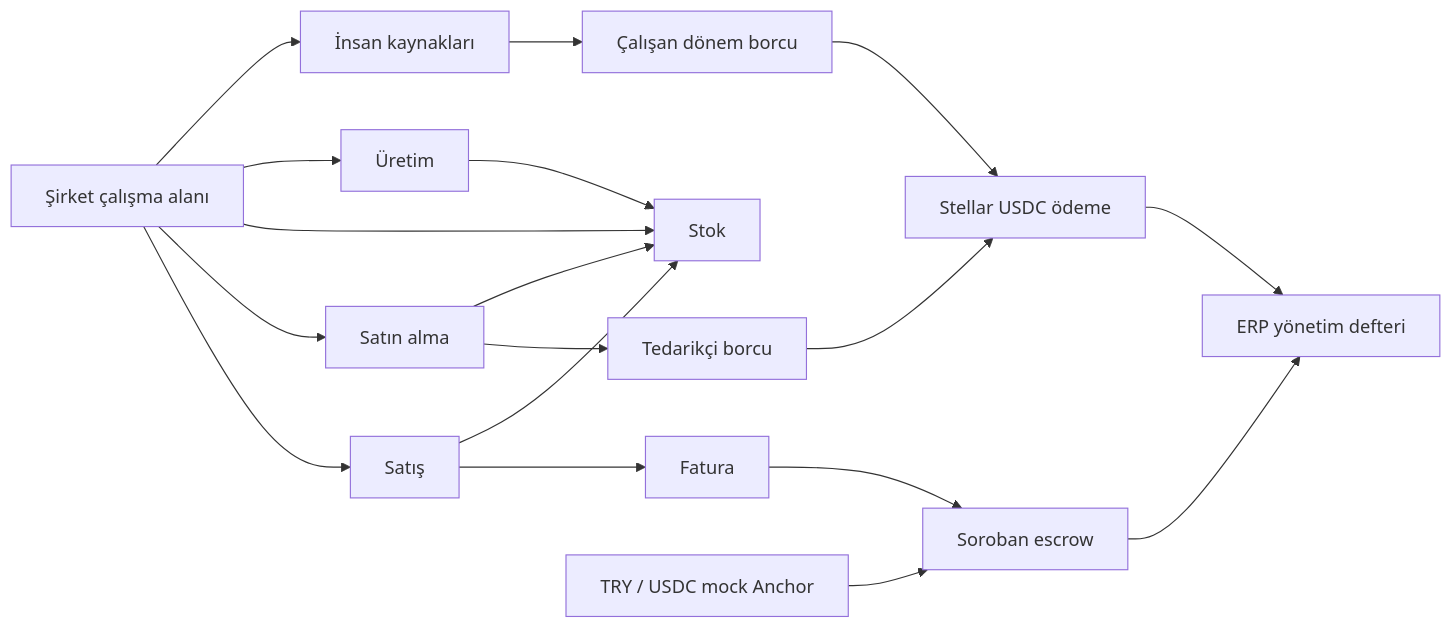
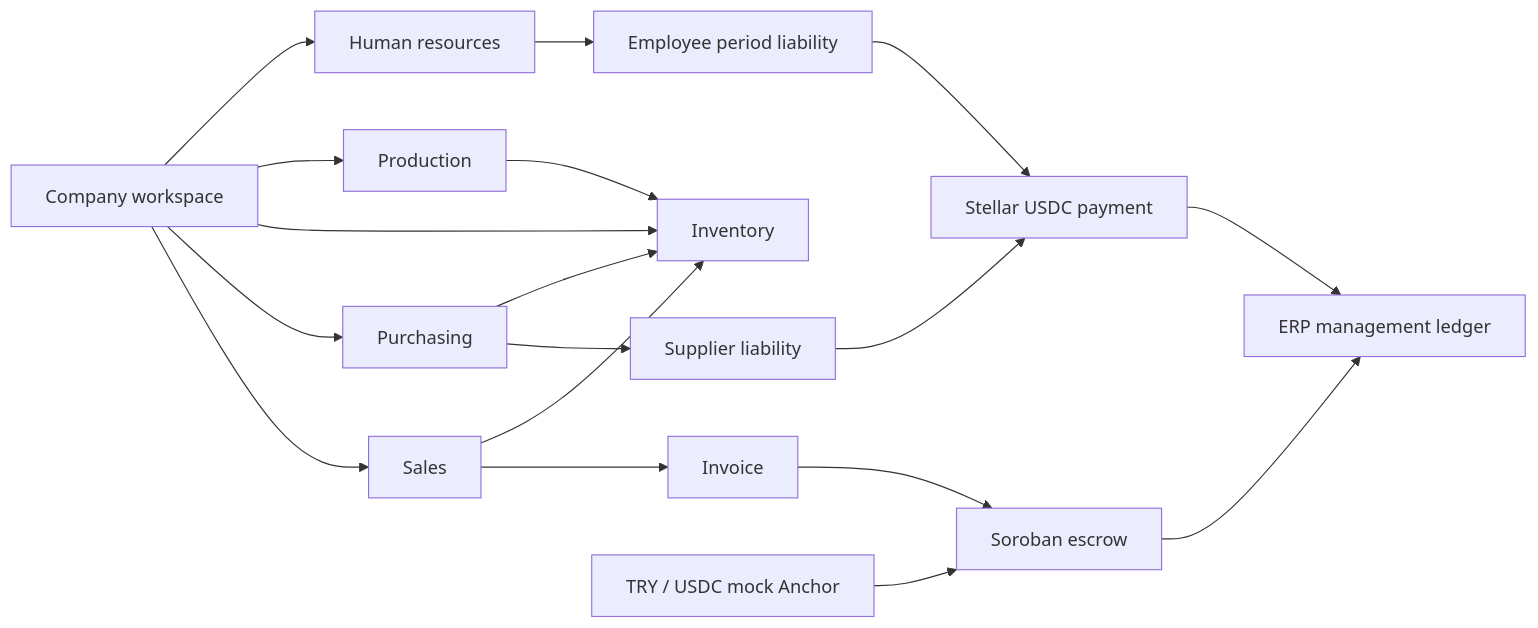
One commit to ugurrcoskun/Centerp changed the diagram in docs/project/product-scope.md. Above: the diagram before and after it, drawn with Mermaid. The commit also changed other lines of this file and 6 other files, not shown here.

````diff
--- a/docs/project/product-scope.md
+++ b/docs/project/product-scope.md
@@ -79,20 +79,20 @@
 ```mermaid
 flowchart LR
-    Company[Şirket çalışma alanı] --> Sales[Satış]
-    Company --> Purchase[Satın alma]
-    Company --> Inventory[Stok]
-    Company --> Production[Üretim]
-    Company --> Staff[İnsan kaynakları]
-    Sales --> Invoice[Fatura]
-    Purchase --> Payables[Tedarikçi borcu]
-    Staff --> Salary[Çalışan dönem borcu]
+    Company[Company workspace] --> Sales[Sales]
+    Company --> Purchase[Purchasing]
+    Company --> Inventory[Inventory]
+    Company --> Production[Production]
+    Company --> Staff[Human resources]
+    Sales --> Invoice[Invoice]
+    Purchase --> Payables[Supplier liability]
+    Staff --> Salary[Employee period liability]
     Purchase --> Inventory
     Production --> Inventory
     Sales --> Inventory
     Invoice --> Escrow[Soroban escrow]
-    Payables --> Payment[Stellar USDC ödeme]
+    Payables --> Payment[Stellar USDC payment]
     Salary --> Payment
-    Escrow --> Journal[ERP yönetim defteri]
+    Escrow --> Journal[ERP management ledger]
     Payment --> Journal
     Anchor[TRY / USDC mock Anchor] --> Escrow
 ```
````
